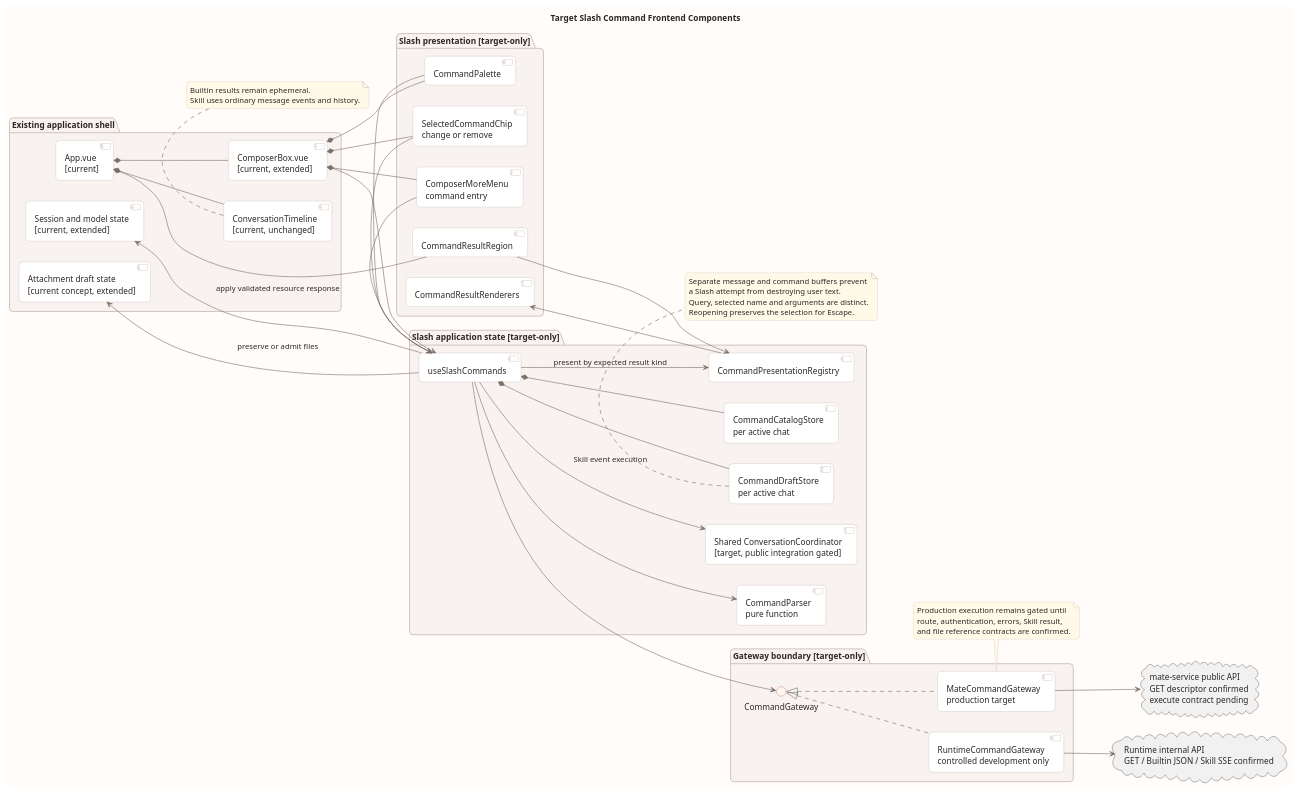
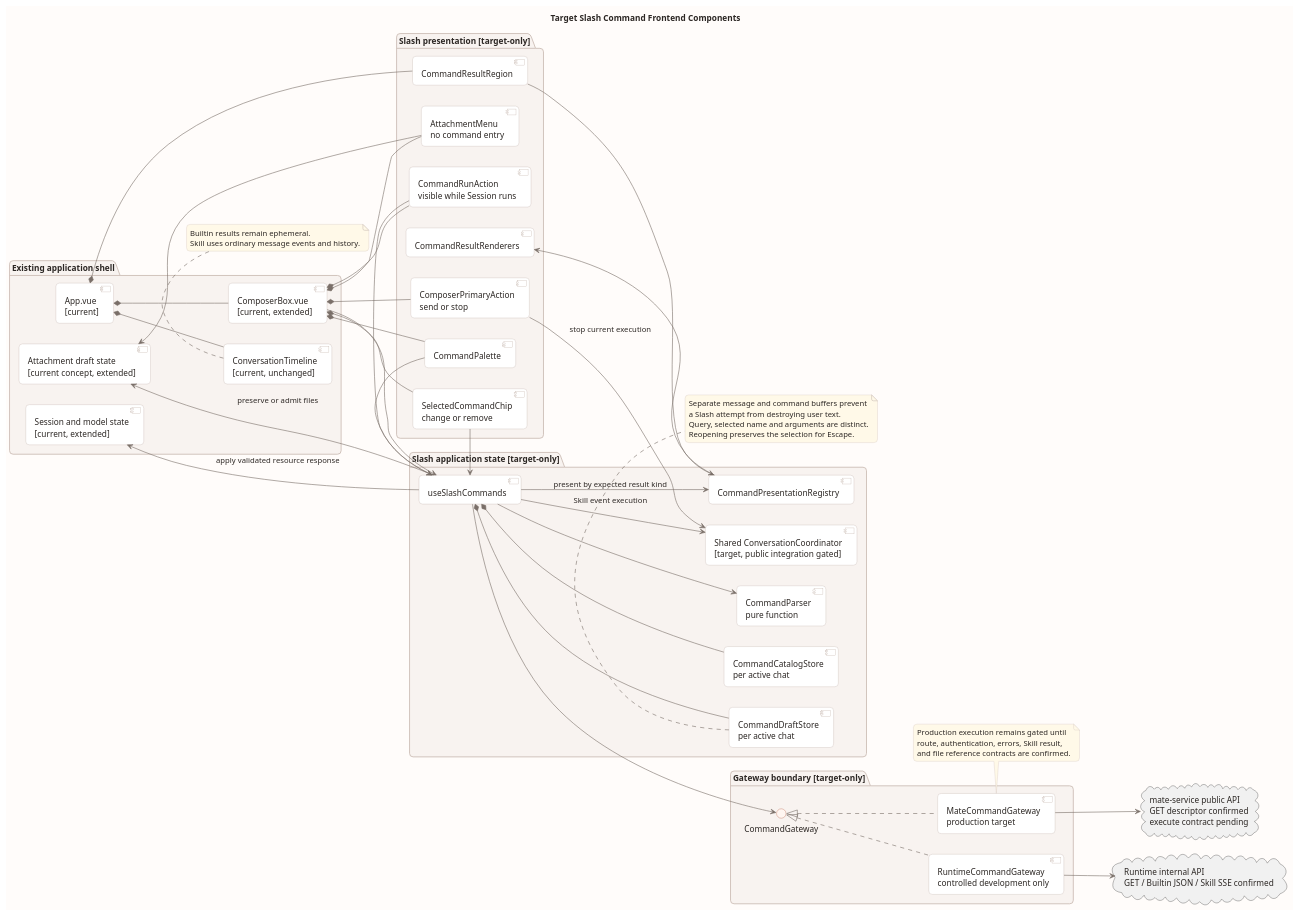
Before and after one commit to ssm0808/pi-mono-java-design: the first of 3 diagrams in 04-命令与技能/00-Slash-Command通用模块/前端设计/diagram.puml, drawn with PlantUML. The commit also changed other lines of this file and 19 other files, not shown here.

```diff
--- a/04-命令与技能/00-Slash-Command通用模块/前端设计/diagram.puml
+++ b/04-命令与技能/00-Slash-Command通用模块/前端设计/diagram.puml
@@ -1,113 +1,122 @@
 @startuml target_slash_command_frontend_components
 title Target Slash Command Frontend Components
 
 ' Source baseline: pi-mono-java@6f52fddc87a03c20916fc7b6ef1de87f6a7a8cf5
 ' Source evidence: frontend/src/App.vue, setup and submit
 ' Source evidence: frontend/src/components/ComposerBox.vue, handleKeydown and template
 ' Source evidence: frontend/src/composables/useRuntimeApi.ts, sendMessage and requestRaw
 ' Source evidence: frontend/src/types/product.ts and frontend/src/types/runtime.ts
 ' Contract evidence: executeSessionCommand response variants at design baseline 88f4df16
 ' Contract update: design 2ee2a321 B13 confirms internal Skill SSE; Builtin JSON is unchanged.
 ' Public mapping remains gated; Skill shares the target conversation coordinator.
 ' Historical behavior: the 6f52fddc workbench had no command support.
 ' UI update baseline: pi-mono-java@4cc8dd86f601417c22cf9306e52152acbb59bb60
 ' Source evidence: frontend/src/components/ComposerBox.vue, enter, choose, leave, onKeydown, template
 ' Source evidence: frontend/src/runtime/commands.ts, parseCommand, filterCommands, freezeInvocation
 ' Observed behavior: commands exist inside Composer; rows show slash, kind and hint; selected input edits raw command text.
 ' Target-only design: standalone component boundaries and chip presentation below are proposed, not existing classes.
-' Product constraint: More menu, plain command rows and removable selection reduce repeated UI text.
+' Updated source baseline: pi-mono-java@7f1126262b16458e430c1a70aba9936e26391385
+' Source evidence: frontend/src/components/ComposerBox.vue template; frontend/src/composables/useCommandComposer.ts
+' Observed behavior: chips exist; Plus opens commands; Stop is only in App.vue topbar.
+' Product constraint: Plus adds context; Slash discovers commands; running commands never replace Stop.
 ' Design reason: keep discovery, immutable invocation decoding, ephemeral results, and ordinary chat history as separate responsibilities.
 
 skinparam backgroundColor #FFFCFA
 skinparam shadowing false
 skinparam roundcorner 12
 skinparam defaultFontName Arial
 skinparam defaultFontColor #2C2724
 skinparam ArrowColor #7A6F69
 skinparam packageBorderColor #CDBEB6
 skinparam packageBackgroundColor #F8F3F0
 skinparam componentBorderColor #BFAEA5
 skinparam componentBackgroundColor #FFFFFF
 skinparam interfaceBorderColor #A9472B
 skinparam interfaceBackgroundColor #FFF6F1
 skinparam noteBorderColor #CDBEB6
 skinparam noteBackgroundColor #FFF9E8
 left to right direction
 
 package "Existing application shell" as ExistingPkg {
   component "App.vue\n[current]" as App
   component "ComposerBox.vue\n[current, extended]" as Composer
   component "ConversationTimeline\n[current, unchanged]" as Timeline
   component "Session and model state\n[current, extended]" as SessionState
   component "Attachment draft state\n[current concept, extended]" as AttachmentState
 }
 
 package "Slash presentation [target-only]" as PresentationPkg {
-  component "ComposerMoreMenu\ncommand entry" as MoreMenu
+  component "AttachmentMenu\nno command entry" as MoreMenu
+  component "CommandRunAction\nvisible while Session runs" as RunAction
+  component "ComposerPrimaryAction\nsend or stop" as PrimaryAction
   component "CommandPalette" as Palette
   component "SelectedCommandChip\nchange or remove" as CommandChip
   component "CommandResultRegion" as ResultRegion
   component "CommandResultRenderers" as Renderers
 }
 
 package "Slash application state [target-only]" as StatePkg {
   component "useSlashCommands" as UseSlash
   component "CommandDraftStore\nper active chat" as DraftStore
   component "CommandCatalogStore\nper active chat" as CatalogStore
   component "CommandParser\npure function" as Parser
   component "CommandPresentationRegistry" as Registry
   component "Shared ConversationCoordinator\n[target, public integration gated]" as Conversation
 }
 
 package "Gateway boundary [target-only]" as GatewayPkg {
   interface "CommandGateway" as Gateway
   component "MateCommandGateway\nproduction target" as MateGateway
   component "RuntimeCommandGateway\ncontrolled development only" as RuntimeGateway
 }
 
 cloud "mate-service public API\nGET descriptor confirmed\nexecute contract pending" as MateApi
 cloud "Runtime internal API\nGET / Builtin JSON / Skill SSE confirmed" as RuntimeApi
 
 App *-- Composer
 App *-- Timeline
 App *-- ResultRegion
 Composer *-- MoreMenu
+Composer *-- RunAction
+Composer *-- PrimaryAction
 Composer *-- Palette
 Composer *-- CommandChip
 Composer --> UseSlash
-MoreMenu --> UseSlash
+MoreMenu --> AttachmentState
+RunAction --> UseSlash
+PrimaryAction --> Conversation : stop current execution
 CommandChip --> UseSlash
 Palette --> UseSlash
 ResultRegion --> Registry
 UseSlash *-- DraftStore
 UseSlash *-- CatalogStore
 UseSlash --> Parser
 UseSlash --> Registry : present by expected result kind
 UseSlash --> Gateway
 UseSlash --> Conversation : Skill event execution
 UseSlash --> SessionState : apply validated resource response
 UseSlash --> AttachmentState : preserve or admit files
 Registry --> Renderers
 Gateway <|.. MateGateway
 Gateway <|.. RuntimeGateway
 MateGateway --> MateApi
 RuntimeGateway --> RuntimeApi
 
 note bottom of Timeline
   Builtin results remain ephemeral.
   Skill uses ordinary message events and history.
 end note
 
 note bottom of MateGateway
   Production execution remains gated until
   route, authentication, errors, Skill result,
   and file reference contracts are confirmed.
 end note
 
 note bottom of DraftStore
   Separate message and command buffers prevent
   a Slash attempt from destroying user text.
   Query, selected name and arguments are distinct.
   Reopening preserves the selection for Escape.
 end note
 @enduml
```
